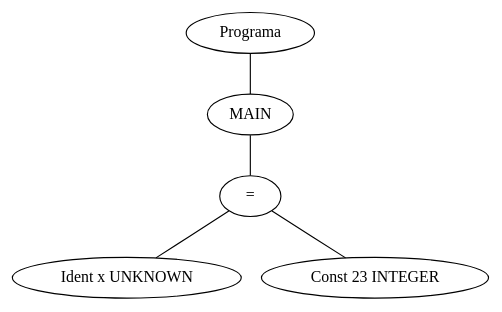
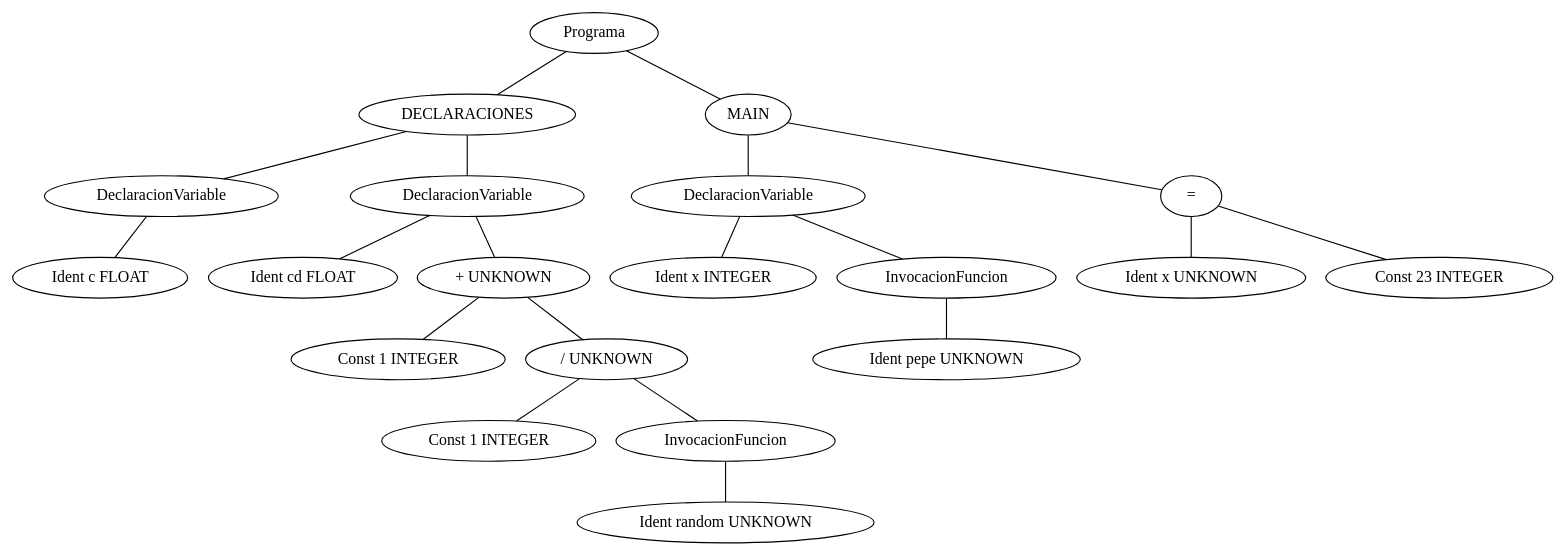
Before and after one commit to Mdimase/compilador: the diagram in arbol.dot, drawn with Graphviz. The commit also changed 43 other files, not shown here.

```diff
--- a/arbol.dot
+++ b/arbol.dot
@@ -1,10 +1,40 @@
 graph G {1 [label="Programa"]
-2 [label="MAIN"]
+2 [label="DECLARACIONES"]
 1 -- 2
-3 [label="="]
+3 [label="DeclaracionVariable"]
 2 -- 3
-4 [label="Ident x UNKNOWN"]
-3 -- 4
-5 [label="Const 23 INTEGER"]
+5 [label="Ident c FLOAT"]
 3 -- 5
+6 [label="DeclaracionVariable"]
+2 -- 6
+7 [label="Ident cd FLOAT"]
+6 -- 7
+8 [label="+ UNKNOWN"]
+6 -- 8
+9 [label="Const 1 INTEGER"]
+8 -- 9
+10 [label="/ UNKNOWN"]
+8 -- 10
+11 [label="Const 1 INTEGER"]
+10 -- 11
+12 [label="InvocacionFuncion"]
+10 -- 12
+13 [label="Ident random UNKNOWN"]
+12 -- 13
+14 [label="MAIN"]
+1 -- 14
+15 [label="DeclaracionVariable"]
+14 -- 15
+16 [label="Ident x INTEGER"]
+15 -- 16
+17 [label="InvocacionFuncion"]
+15 -- 17
+18 [label="Ident pepe UNKNOWN"]
+17 -- 18
+19 [label="="]
+14 -- 19
+20 [label="Ident x UNKNOWN"]
+19 -- 20
+21 [label="Const 23 INTEGER"]
+19 -- 21
 }
```
